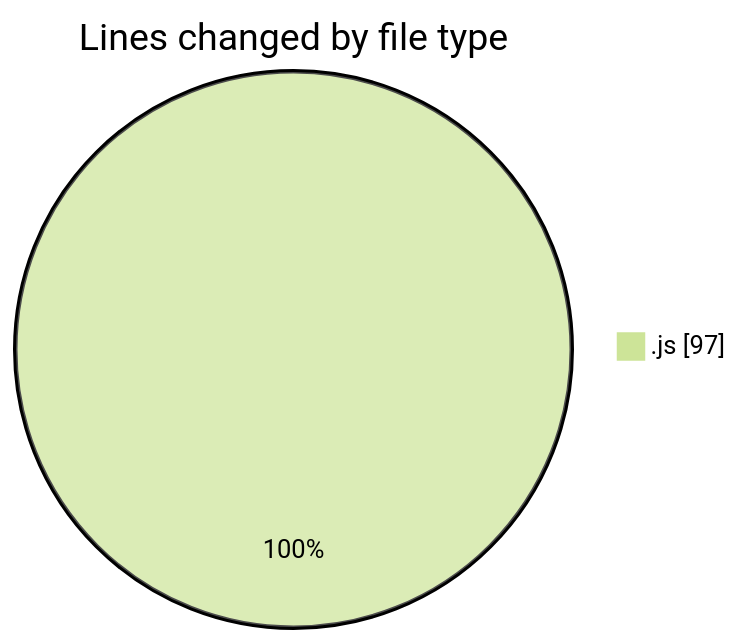
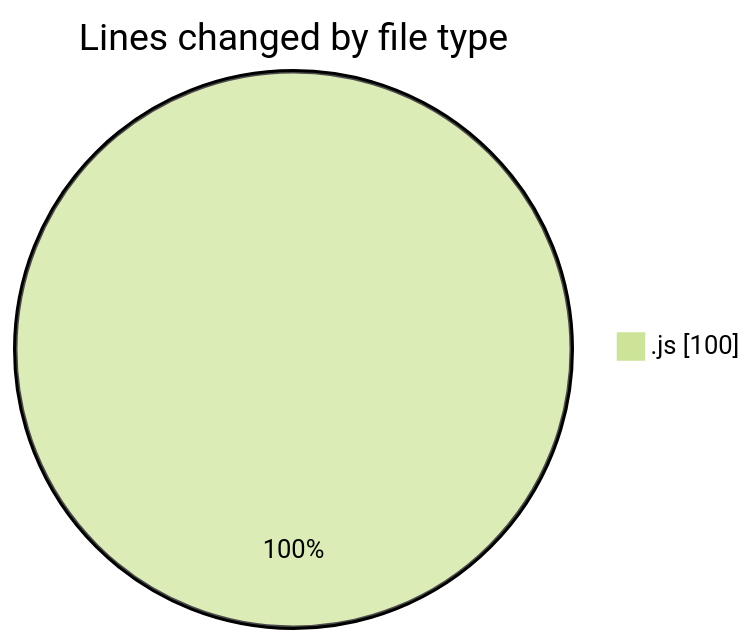
Before and after one commit to nxtqubesakshisongat/code-tracking: the first of 2 diagrams in 2026-04-27/calcapp/README.md, drawn with Mermaid (forest theme). The commit also changed other lines of this file and 1 other file, not shown here.

````diff
--- a/2026-04-27/calcapp/README.md
+++ b/2026-04-27/calcapp/README.md
@@ -20,5 +20,5 @@
 ```mermaid
 pie showData
 title Lines changed by file type
-".js" : 97
+".js" : 100
 ```
````
